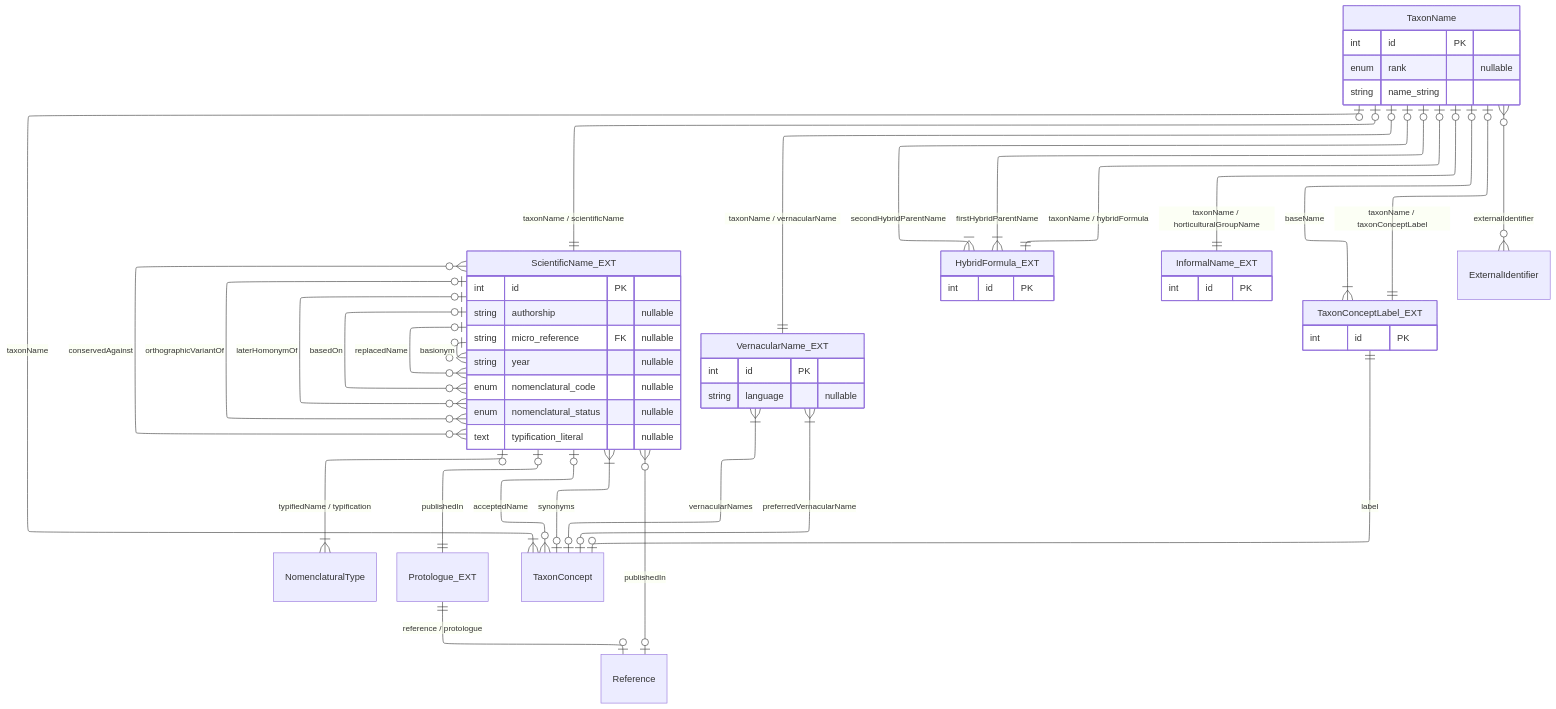
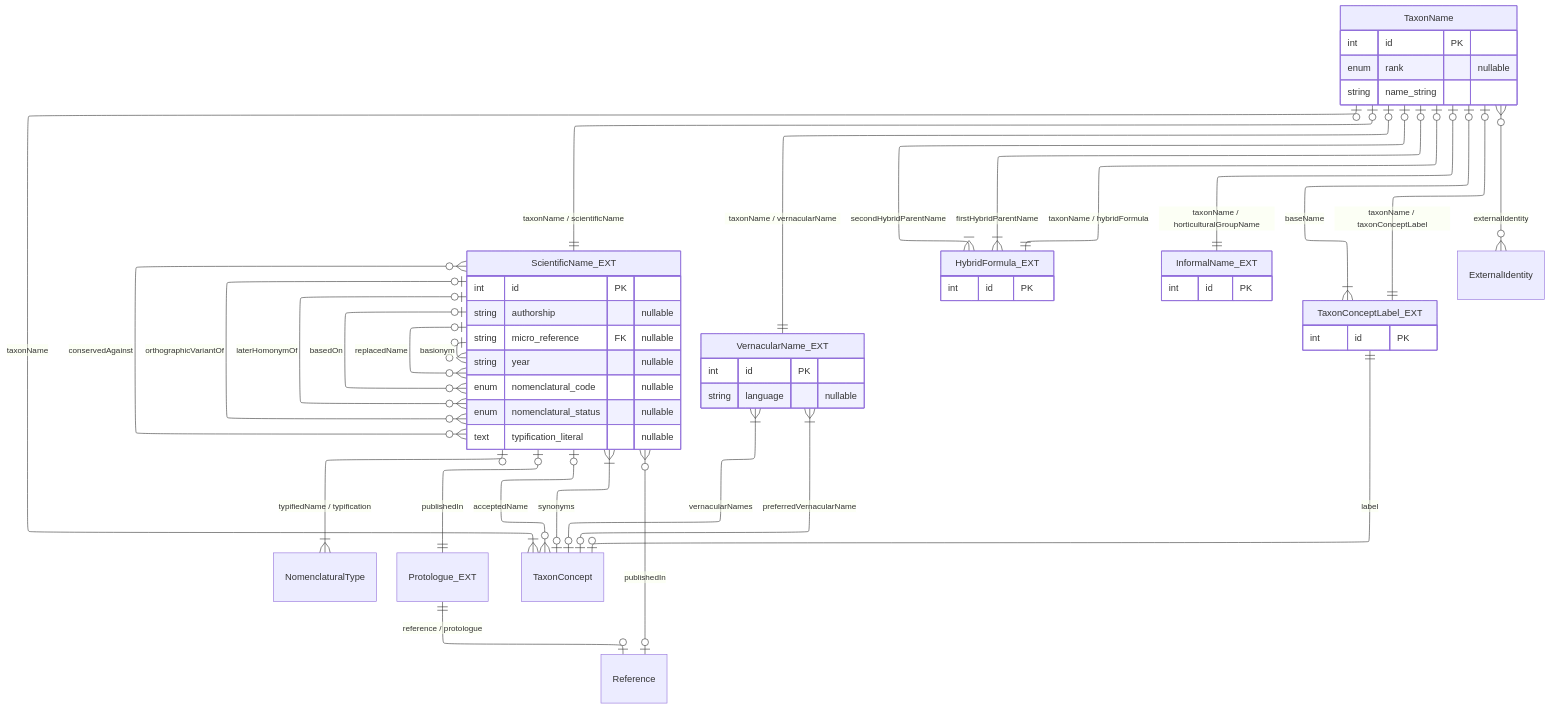
One commit to vicflora/vicflora-docs changed the diagram in source/_mermaid/layer-2a-core-nomenclature.mmd. Above: the diagram before and after it, drawn with Mermaid.

Commit message:
Commit uncommitted  changes before deployment

```diff
--- a/source/_mermaid/layer-2a-core-nomenclature.mmd
+++ b/source/_mermaid/layer-2a-core-nomenclature.mmd
@@ -1,112 +1,112 @@
 ---
 config:
   layout: elk
 ---
 erDiagram
   %% Sidecars
   TaxonName |o--|| ScientificName_EXT : "taxonName / scientificName"
 
   %% Typification
   ScientificName_EXT |o--|{ NomenclaturalType : "typifiedName / typification"
 
   %% Scientific Name authorship
   %% ScientificName_EXT |o--|{ ScientificName_Author_MAP : scientificName
   %% ScientificName_Author_MAP }|--o{ Agent : agent
   ScientificName_EXT |o--|| Protologue_EXT : "publishedIn"
   Protologue_EXT ||--o| Reference : "reference / protologue"
   ScientificName_EXT }o--o| Reference : "publishedIn"
 
   TaxonName |o--|| VernacularName_EXT : "taxonName / vernacularName"
 
   %% The Syntactic Relationships
   %% ScientificName_EXT |o..|{ NameRelation_MAP : "fromName"
   %% ScientificName_EXT |o..|{ NameRelation_MAP : "toName"
   ScientificName_EXT |o--o{ ScientificName_EXT : "basionym"
   ScientificName_EXT |o--o{ ScientificName_EXT : "replacedName"
   ScientificName_EXT |o--o{ ScientificName_EXT : "basedOn"
   ScientificName_EXT |o--o{ ScientificName_EXT : "laterHomonymOf"
   ScientificName_EXT |o--o{ ScientificName_EXT : "orthographicVariantOf"
   ScientificName_EXT }o--o{ ScientificName_EXT : "conservedAgainst"
 
   %% Taxon Name <--> Taxon Concept relationships
   TaxonName |o--|{ TaxonConcept : "taxonName"
   ScientificName_EXT |o--o{ TaxonConcept : "acceptedName"
   ScientificName_EXT }|--o| TaxonConcept : "synonyms"
   %% ScientificName_EXT |o..|{ ScientificNameUsage_MAP : "scientificName"
   %% ScientificNameUsage_MAP }|..o{ TaxonConcept : "taxonConcept"
   VernacularName_EXT }|--o| TaxonConcept : "vernacularNames"
   VernacularName_EXT }|--o| TaxonConcept : "preferredVernacularName"
   %% VernacularName_EXT |o..|{ VernacularNameUsage_MAP : "vernacularName"
   %% VernacularNameUsage_MAP }|..o| TaxonConcept : "taxonConcept"
 
   TaxonName |o--|| HybridFormula_EXT : "taxonName / hybridFormula"
   TaxonName |o--|{  HybridFormula_EXT : "firstHybridParentName"
   TaxonName |o--|{ HybridFormula_EXT : "secondHybridParentName"
 
   TaxonName |o--|| InformalName_EXT : "taxonName / horticulturalGroupName"
 
   TaxonName |o--|| TaxonConceptLabel_EXT : "taxonName / taxonConceptLabel"
 
   %% Taxon Concept Label
   TaxonConceptLabel_EXT ||--o| TaxonConcept : "label"
   TaxonName |o--|{ TaxonConceptLabel_EXT : baseName
 
   %% External identifiers
   %% TaxonName |o--|{ Entity_Identity_MAP : "morphs as 'linkable'"
   %% Entity_Identity_MAP }|--o| ExternalIdentity : "externalIdentity"
-  TaxonName }o--o{ ExternalIdentifier : "externalIdentifier"
+  TaxonName }o--o{ ExternalIdentity : "externalIdentity"
 
   TaxonName {
     int id PK
     enum rank "nullable"
     string name_string
   }
 
   ScientificName_EXT {
     int id PK
     string authorship "nullable"
     %% int name_published_in_id FK "nullable"
     %% string name_published_in FK "nullable"
     string micro_reference FK "nullable"
     string year "nullable"
     enum nomenclatural_code "nullable"
     enum nomenclatural_status "nullable"
     text typification_literal "nullable"
   }
 
   VernacularName_EXT {
     int id PK
     string language "nullable"
   }
 
   TaxonConceptLabel_EXT {
     int id PK
     %% int taxon_concept_id FK
     %% int base_name_id FK
   }
 
   HybridFormula_EXT {
     int id PK
     %% int first_hybrid_parent_name_id FK
     %% int second_hybrid_parent_name_id FK
   }
 
   InformalName_EXT {
     int id PK
   }
 
   %% NameRelation_MAP {
   %%   int id PK
   %%   int from_taxon_name_id FK
   %%   int to_taxon_name_id FK
   %%   enum name_relation_type
   %%   string remarks "nullable"
   %% }
 
   %% ScientificName_Author_MAP {
   %%   int id PK
   %%   int scientific_name_id FK
   %%   int agent_id FK
   %%   enum author_role
   %%   int sequence
   %% }
```
